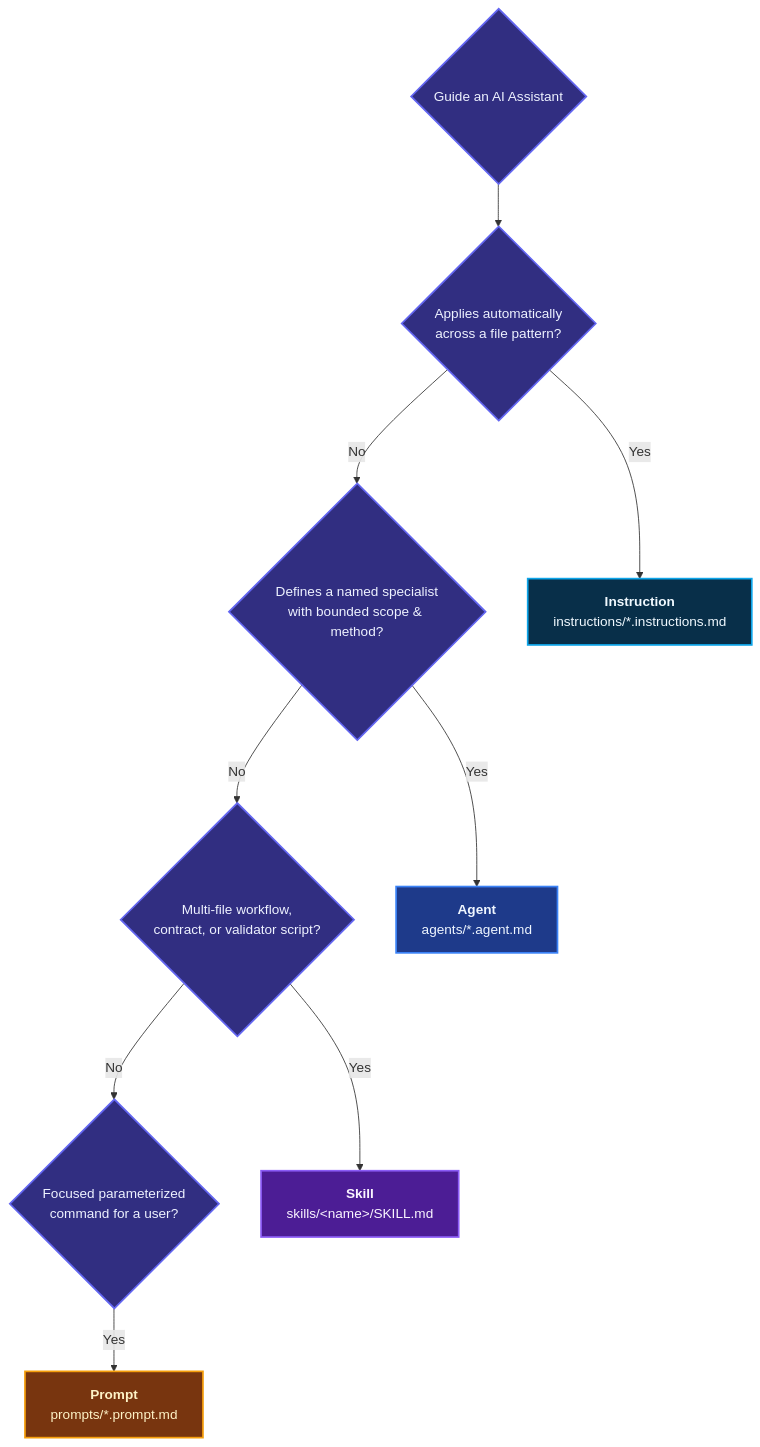
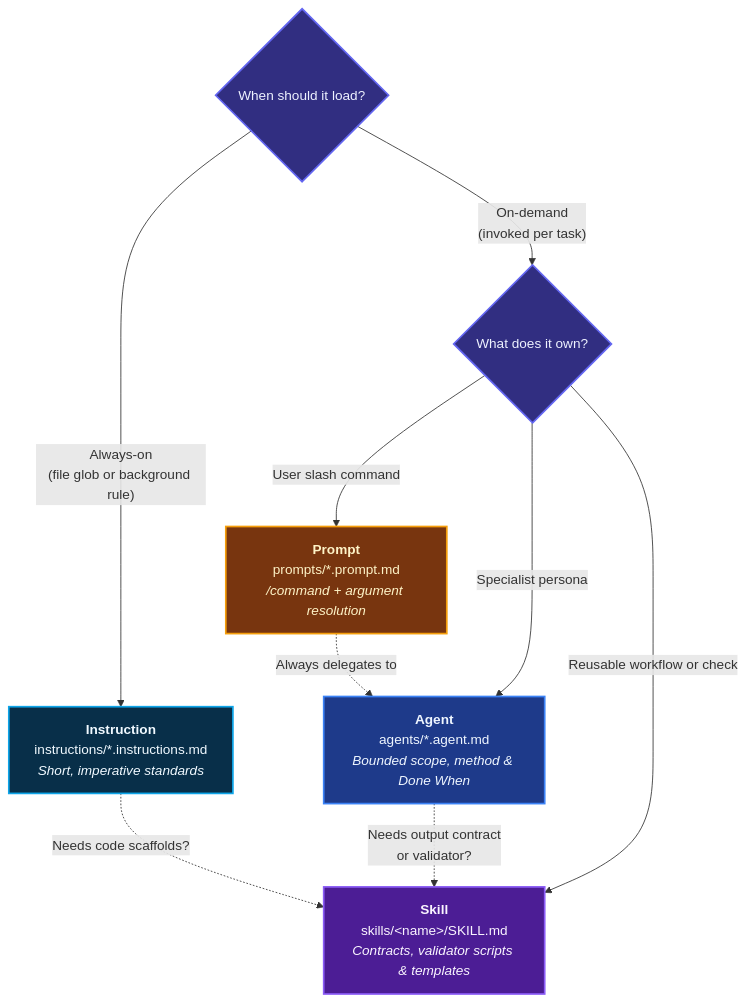
Before and after one commit to ALTEN-group/coding-pal: the third of 5 diagrams in website/docs/guide/persistent-context.md, drawn with Mermaid. The commit also changed other lines of this file and 173 other files, not shown here.

````diff
--- a/website/docs/guide/persistent-context.md
+++ b/website/docs/guide/persistent-context.md
@@ -97,37 +97,36 @@
 ```mermaid
 ---
 caption: Context Primitive Decision Tree
 ---
 flowchart TD
-    Start{"Guide an AI Assistant"}
-    Q1{"Applies automatically<br/>across a file pattern?"}
-    Q2{"Defines a named specialist<br/>with bounded scope & method?"}
-    Q3{"Multi-file workflow,<br/>contract, or validator script?"}
-    Q4{"Focused parameterized<br/>command for a user?"}
+    Q1{"When should it load?"}
+    Q2{"What does it own?"}
 
-    R1["<b>Instruction</b><br/>instructions/*.instructions.md"]
-    R2["<b>Agent</b><br/>agents/*.agent.md"]
-    R3["<b>Skill</b><br/>skills/&lt;name&gt;/SKILL.md"]
-    R4["<b>Prompt</b><br/>prompts/*.prompt.md"]
+    R1["<b>Instruction</b><br/>instructions/*.instructions.md<br/><i>Short, imperative standards</i>"]
+    R4["<b>Prompt</b><br/>prompts/*.prompt.md<br/><i>/command + argument resolution</i>"]
+    R2["<b>Agent</b><br/>agents/*.agent.md<br/><i>Bounded scope, method & Done When</i>"]
+    R3["<b>Skill</b><br/>skills/&lt;name&gt;/SKILL.md<br/><i>Contracts, validator scripts & templates</i>"]
 
-    Start --> Q1
-    Q1 -->|Yes| R1
-    Q1 -->|No| Q2
-    Q2 -->|Yes| R2
-    Q2 -->|No| Q3
-    Q3 -->|Yes| R3
-    Q3 -->|No| Q4
-    Q4 -->|Yes| R4
+    Q1 -->|"Always-on<br/>(file glob or background rule)"| R1
+    Q1 -->|"On-demand<br/>(invoked per task)"| Q2
+
+    Q2 -->|"User slash command"| R4
+    Q2 -->|"Specialist persona"| R2
+    Q2 -->|"Reusable workflow or check"| R3
+
+    R4 -.->|"Always delegates to"| R2
+    R1 -.->|"Needs code scaffolds?"| R3
+    R2 -.->|"Needs output contract<br/>or validator?"| R3
 
     classDef decision fill:#312e81,stroke:#6366f1,stroke-width:2px,color:#eef2ff;
     classDef instruction fill:#082f49,stroke:#0ea5e9,stroke-width:2px,color:#f0f9ff;
     classDef agent fill:#1e3a8a,stroke:#3b82f6,stroke-width:2px,color:#eff6ff;
     classDef skill fill:#4c1d95,stroke:#8b5cf6,stroke-width:2px,color:#faf5ff;
     classDef prompt fill:#78350f,stroke:#f59e0b,stroke-width:2px,color:#fef3c7;
 
-    class Start,Q1,Q2,Q3,Q4 decision;
+    class Q1,Q2 decision;
     class R1 instruction;
     class R2 agent;
     class R3 skill;
     class R4 prompt;
 ```
````
